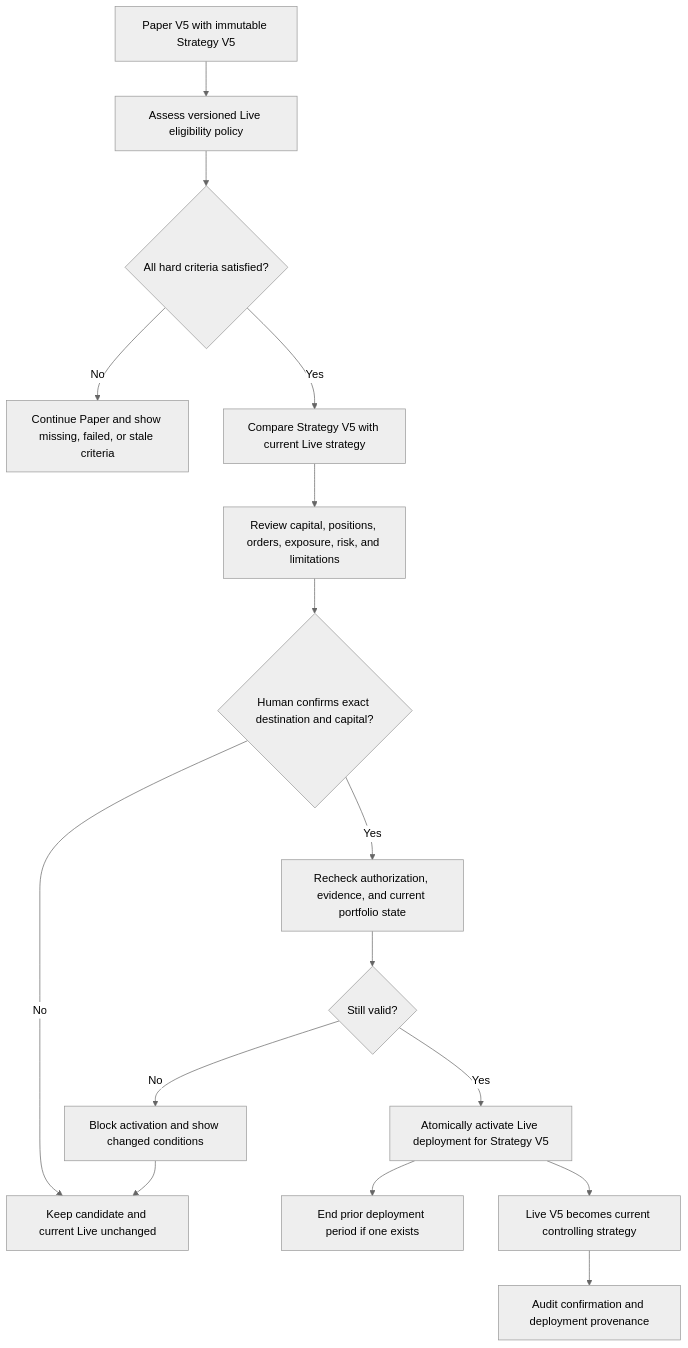
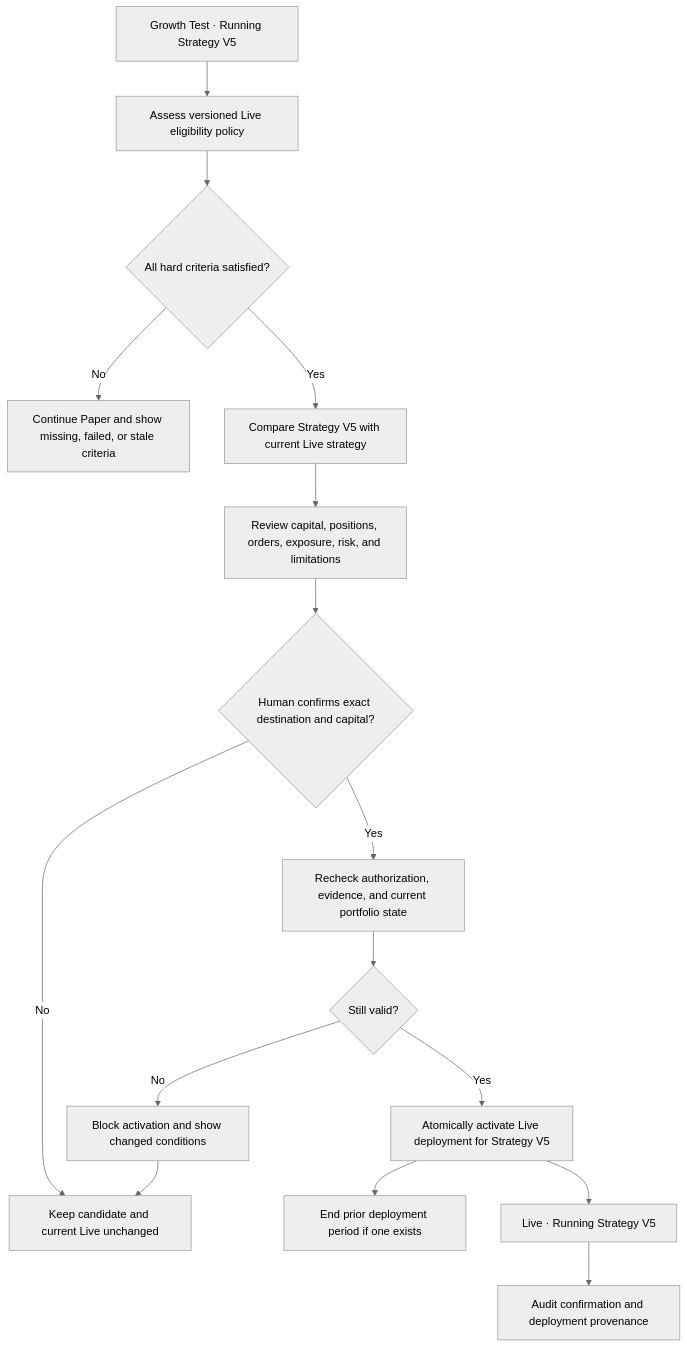
The fourth of 17 diagrams in docs/state-diagrams.md (moosefroggo/vantheon-architecture), drawn with Mermaid (neutral theme) before and after one commit. The commit also changed other lines of this file and 39 other files, not shown here.

Commit message:
Simplify strategy versions and Paper launch

````diff
--- a/docs/state-diagrams.md
+++ b/docs/state-diagrams.md
@@ -133,18 +132,18 @@
 ```mermaid
 flowchart TD
-    A["Paper V5 with immutable Strategy V5"] --> B["Assess versioned Live eligibility policy"]
+    A["Growth Test · Running Strategy V5"] --> B["Assess versioned Live eligibility policy"]
     B --> C{"All hard criteria satisfied?"}
     C -->|"No"| D["Continue Paper and show missing, failed, or stale criteria"]
     C -->|"Yes"| E["Compare Strategy V5 with current Live strategy"]
     E --> F["Review capital, positions, orders, exposure, risk, and limitations"]
     F --> G{"Human confirms exact destination and capital?"}
     G -->|"No"| H["Keep candidate and current Live unchanged"]
     G -->|"Yes"| I["Recheck authorization, evidence, and current portfolio state"]
     I --> J{"Still valid?"}
     J -->|"No"| K["Block activation and show changed conditions"]
     K --> H
     J -->|"Yes"| L["Atomically activate Live deployment for Strategy V5"]
     L --> M["End prior deployment period if one exists"]
-    L --> N["Live V5 becomes current controlling strategy"]
+    L --> N["Live · Running Strategy V5"]
     N --> O["Audit confirmation and deployment provenance"]
 ```
````
